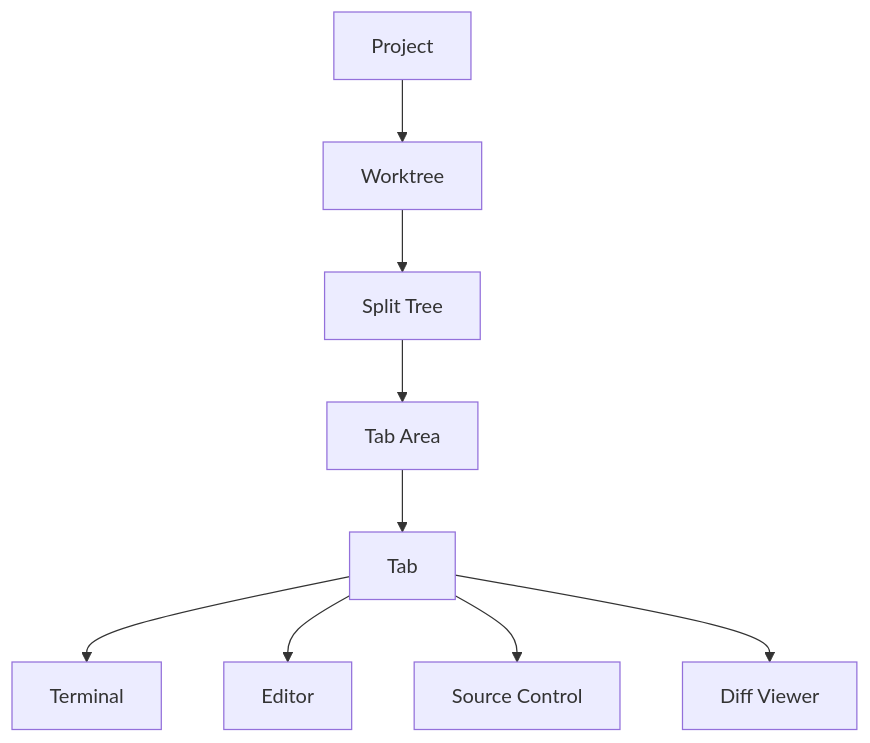
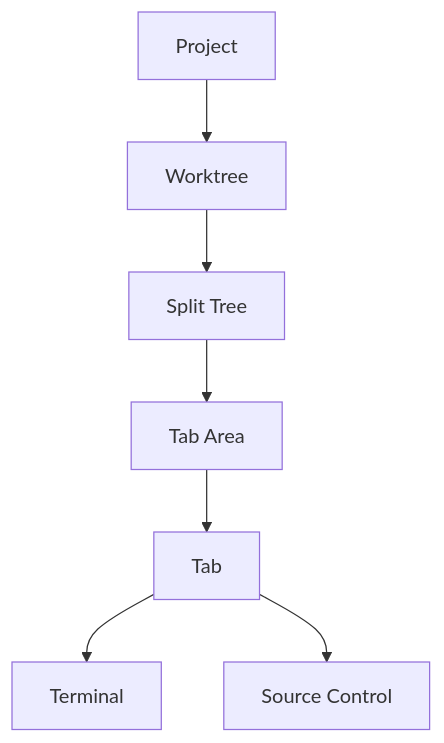
Before and after one commit to muxy-app/muxy: the diagram in docs/README.md, drawn with Mermaid. The commit also changed other lines of this file and 132 other files, not shown here.

Commit message:
Remove built-in editor, markdown/mermaid viewer, image viewer, and file opener

````diff
--- a/docs/README.md
+++ b/docs/README.md
@@ -7,11 +7,9 @@
 ```mermaid
 flowchart TB
   Project --> Worktree
   Worktree --> Splits[Split Tree]
   Splits --> TabArea[Tab Area]
   TabArea --> Tab
   Tab --> Terminal
-  Tab --> Editor
   Tab --> VCS[Source Control]
-  Tab --> Diff[Diff Viewer]
 ```
````
